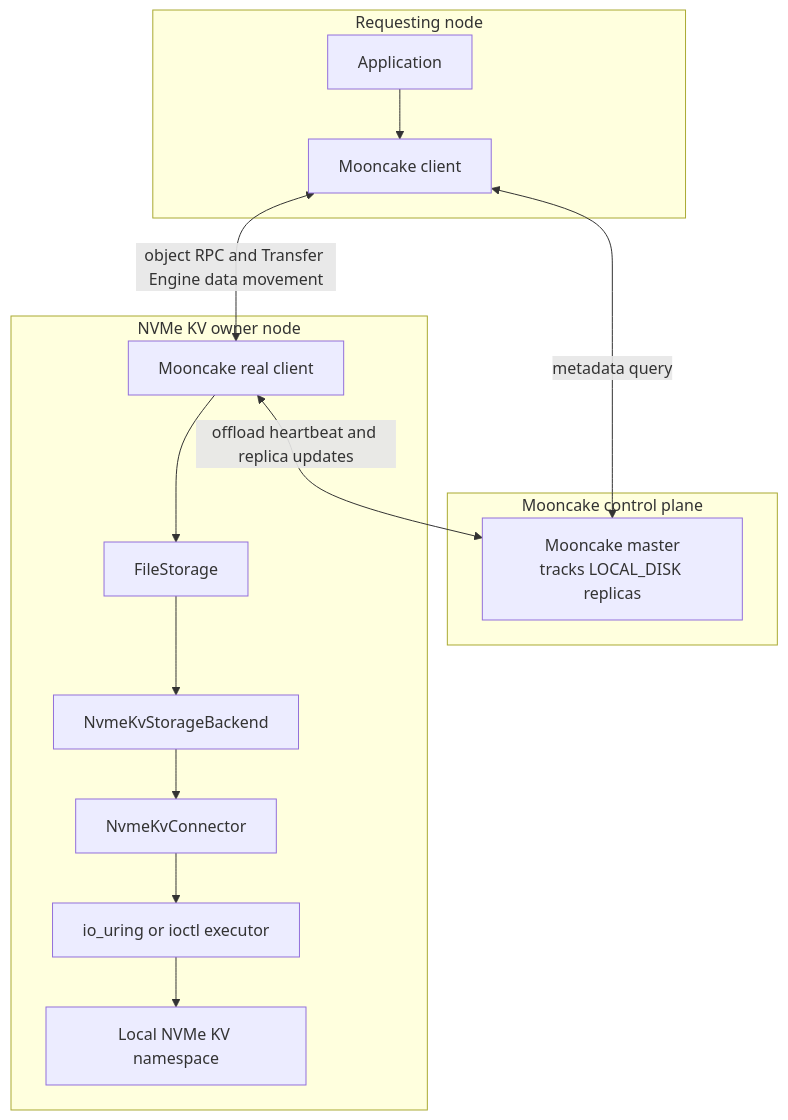
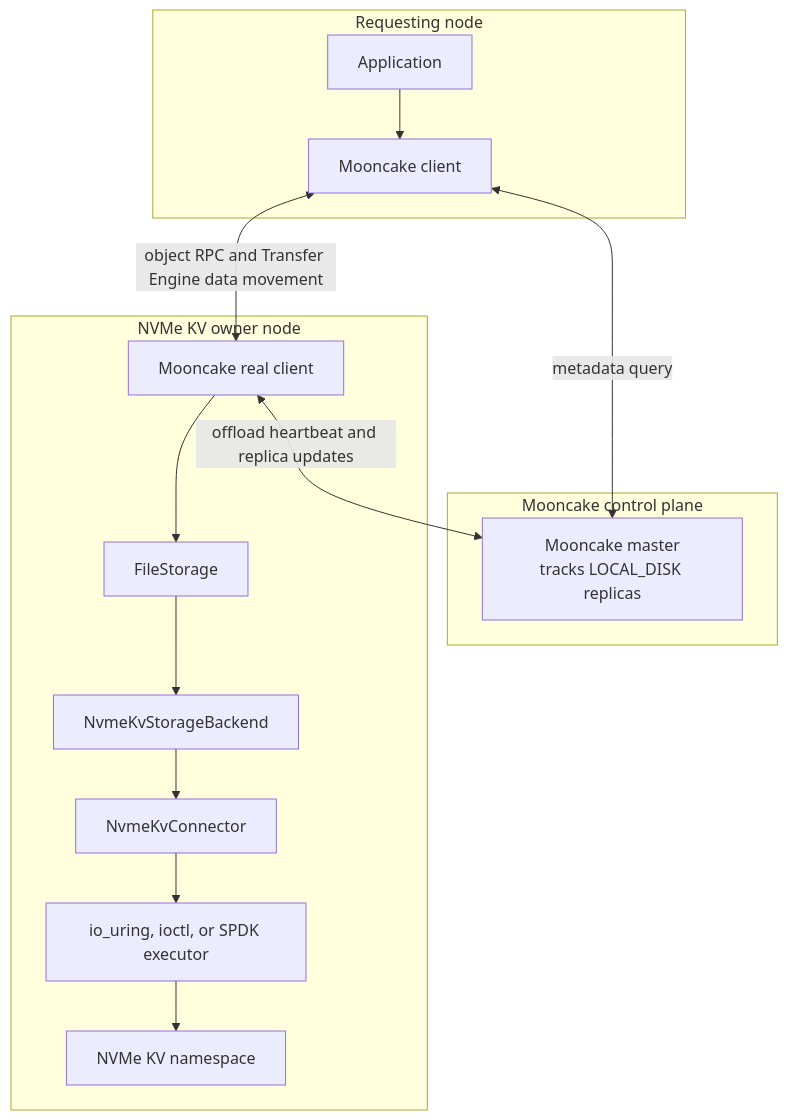
One commit to kvcache-ai/Mooncake changed the first of 3 diagrams in docs/source/design/store/nvme-kv-backend.md. Above: the diagram before and after it, drawn with Mermaid. The commit also changed other lines of this file and 21 other files, not shown here.

Commit message:
[Store] Add SPDK NVMe KV validation

````diff
--- a/docs/source/design/store/nvme-kv-backend.md
+++ b/docs/source/design/store/nvme-kv-backend.md
@@ -20,27 +20,27 @@
 ```mermaid
 flowchart TB
     subgraph Control["Mooncake control plane"]
         Master["Mooncake master\ntracks LOCAL_DISK replicas"]
     end
 
     subgraph Requester["Requesting node"]
         App["Application"]
         RequestClient["Mooncake client"]
         App --> RequestClient
     end
 
     subgraph Owner["NVMe KV owner node"]
         RealClient["Mooncake real client"]
         FileStorage["FileStorage"]
         Backend["NvmeKvStorageBackend"]
         Connector["NvmeKvConnector"]
-        Executor["io_uring or ioctl executor"]
-        Device["Local NVMe KV namespace"]
+        Executor["io_uring, ioctl, or SPDK executor"]
+        Device["NVMe KV namespace"]
 
         RealClient --> FileStorage --> Backend --> Connector --> Executor --> Device
     end
 
     RequestClient <-->|"metadata query"| Master
     RealClient <-->|"offload heartbeat and replica updates"| Master
     RequestClient <-->|"object RPC and Transfer Engine data movement"| RealClient
 ```
````
